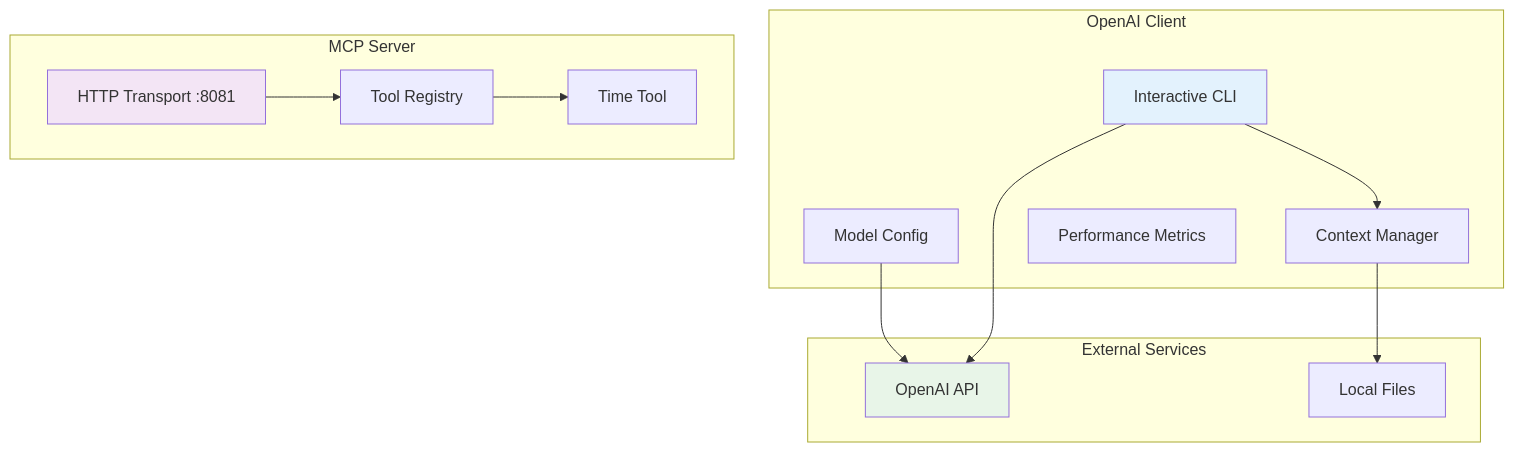
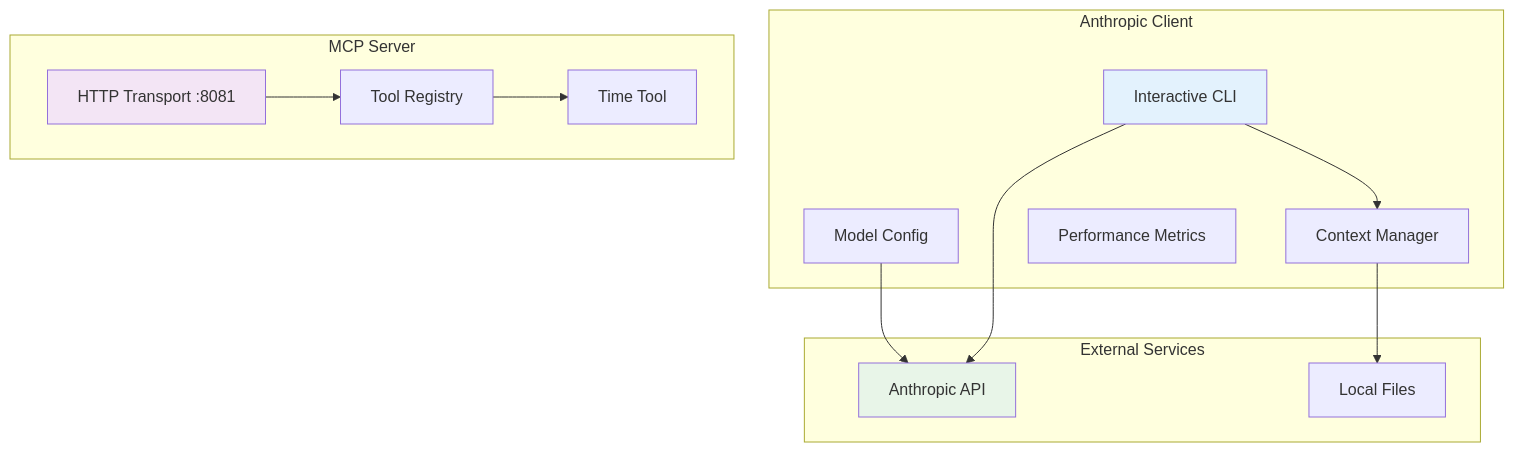
Before and after one commit to gherlein/client-w-mcp: the diagram in README.md, drawn with Mermaid. The commit also changed other lines of this file and 2 other files, not shown here.

````diff
--- a/README.md
+++ b/README.md
@@ -23,32 +23,32 @@
 ```mermaid
 graph TB
-    subgraph "OpenAI Client"
+    subgraph "Anthropic Client"
         CLI[Interactive CLI]
         Context[Context Manager]
         Config[Model Config]
         Perf[Performance Metrics]
     end
     
     subgraph "MCP Server"
         HTTP[HTTP Transport :8081]
         Tools[Tool Registry]
         Time[Time Tool]
     end
     
     subgraph "External Services"
-        OpenAI[OpenAI API]
+        Anthropic[Anthropic API]
         Files[Local Files]
     end
     
     CLI --> Context
     Context --> Files
-    Config --> OpenAI
-    CLI --> OpenAI
+    Config --> Anthropic
+    CLI --> Anthropic
     
     HTTP --> Tools
     Tools --> Time
     
     style CLI fill:#e3f2fd
     style HTTP fill:#f3e5f5
-    style OpenAI fill:#e8f5e8
+    style Anthropic fill:#e8f5e8
 ```
````
